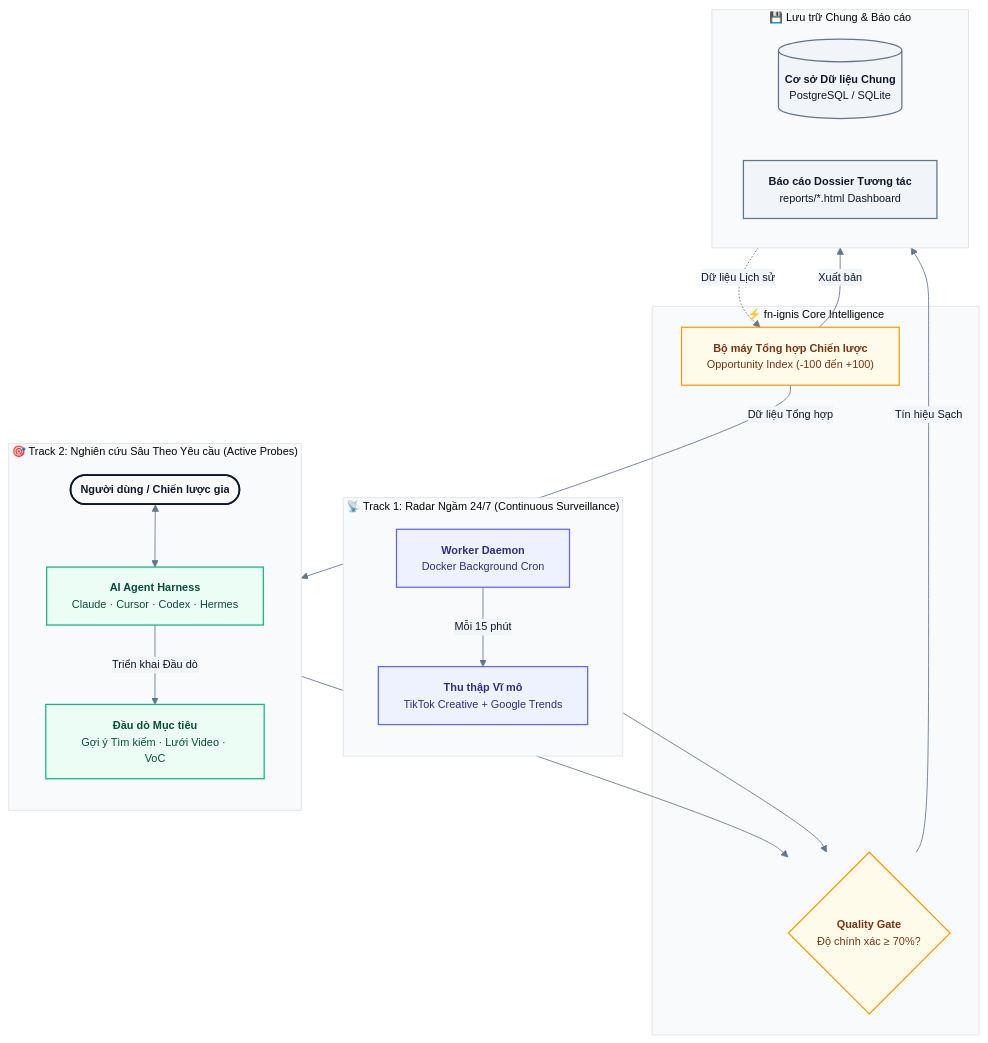
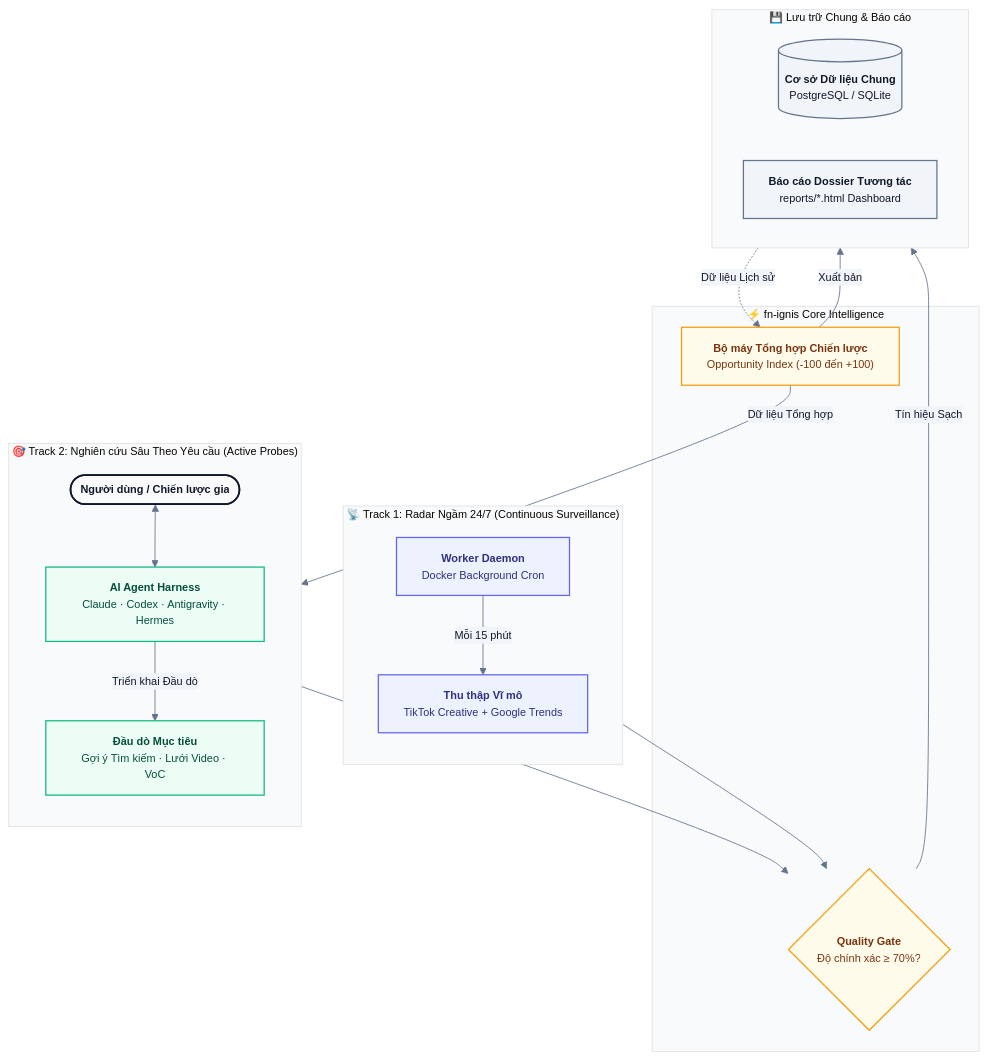
One commit to fioenix/fn-ignis changed the diagram in README.vi.md. Above: the diagram before and after it, drawn with Mermaid. The commit also changed other lines of this file and 47 other files, not shown here.

````diff
--- a/README.vi.md
+++ b/README.vi.md
@@ -41,52 +41,52 @@
 ```mermaid
 %%{init: {'theme': 'base', 'themeVariables': { 'fontFamily': 'ui-sans-serif, system-ui, sans-serif', 'fontSize': '13px', 'primaryColor': '#F8FAFC', 'primaryTextColor': '#0F172A', 'primaryBorderColor': '#CBD5E1', 'lineColor': '#64748B', 'secondaryColor': '#F1F5F9', 'tertiaryColor': '#F8FAFC'}}}%%
 flowchart TB
     %% Inputs
     subgraph T1["📡 Track 1: Radar Ngầm 24/7 (Continuous Surveillance)"]
         direction TB
         W["<b>Worker Daemon</b><br/>Docker Background Cron"]
         P1["<b>Thu thập Vĩ mô</b><br/>TikTok Creative + Google Trends"]
         W -->|Mỗi 15 phút| P1
     end
 
     subgraph T2["🎯 Track 2: Nghiên cứu Sâu Theo Yêu cầu (Active Probes)"]
         direction TB
-        User(["<b>Người dùng / Chiến lược gia</b>"]) <--> Agent["<b>AI Agent Harness</b><br/>Claude · Cursor · Codex · Hermes"]
+        User(["<b>Người dùng / Chiến lược gia</b>"]) <--> Agent["<b>AI Agent Harness</b><br/>Claude · Codex · Antigravity · Hermes"]
         P2["<b>Đầu dò Mục tiêu</b><br/>Gợi ý Tìm kiếm · Lưới Video · VoC"]
         Agent -->|Triển khai Đầu dò| P2
     end
 
     %% Engine & Gate
     subgraph Core["⚡ fn-ignis Core Intelligence"]
         QGate{"<b>Quality Gate</b><br/>Độ chính xác &ge; 70%?"}
         Synth["<b>Bộ máy Tổng hợp Chiến lược</b><br/>Opportunity Index (-100 đến +100)"]
     end
 
     %% Persistence & Outputs
     subgraph Storage["💾 Lưu trữ Chung & Báo cáo"]
         direction LR
         DB[("<b>Cơ sở Dữ liệu Chung</b><br/>PostgreSQL / SQLite")]
         Artifact["<b>Báo cáo Dossier Tương tác</b><br/>reports/*.html Dashboard"]
     end
 
     %% Cross connections
     P1 --> QGate
     P2 --> QGate
     QGate -->|Tín hiệu Sạch| DB
     DB -.->|Dữ liệu Lịch sử| Synth
     Synth -->|Dữ liệu Tổng hợp| Agent
     Synth -->|Xuất bản| Artifact
 
     %% Styling classes
     classDef radar fill:#EEF2FF,stroke:#6366F1,stroke-width:1.5px,color:#312E81;
     classDef probe fill:#ECFDF5,stroke:#10B981,stroke-width:1.5px,color:#064E3B;
     classDef core fill:#FFFBEB,stroke:#F59E0B,stroke-width:1.5px,color:#78350F;
     classDef storage fill:#F1F5F9,stroke:#64748B,stroke-width:1.5px,color:#0F172A;
     classDef highlight fill:#FAFAFA,stroke:#0F172A,stroke-width:2px,color:#0F172A;
 
     class W,P1 radar;
     class Agent,P2 probe;
     class QGate,Synth core;
     class DB,Artifact storage;
     class User highlight;
 ```
````
